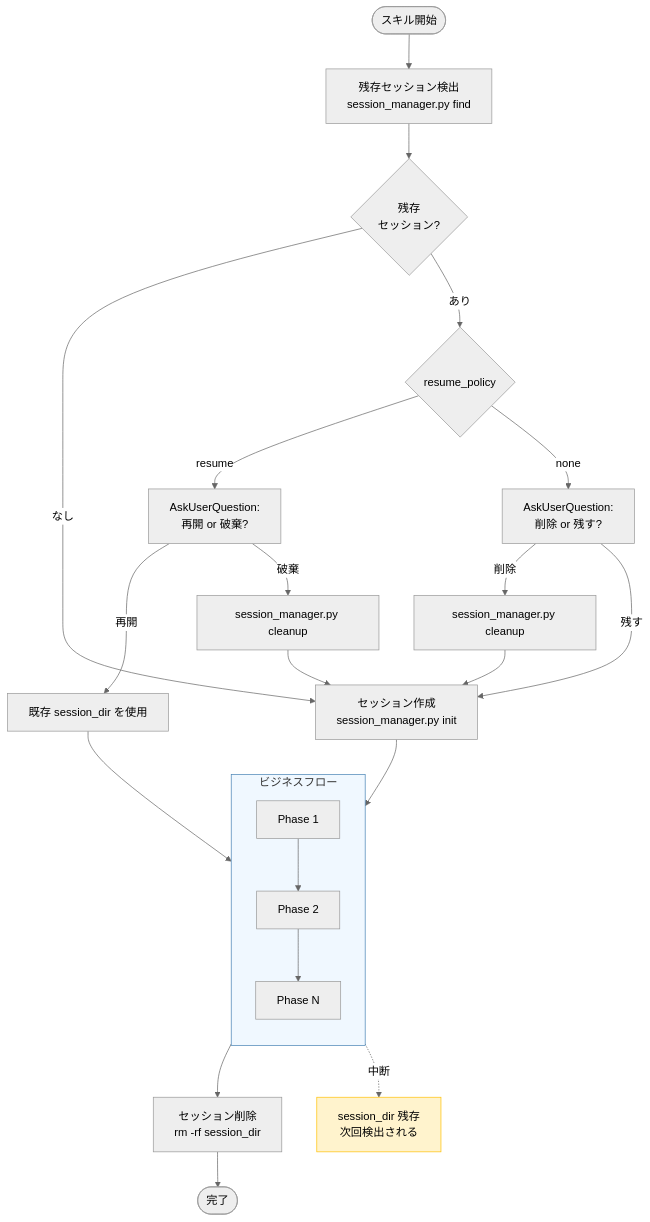
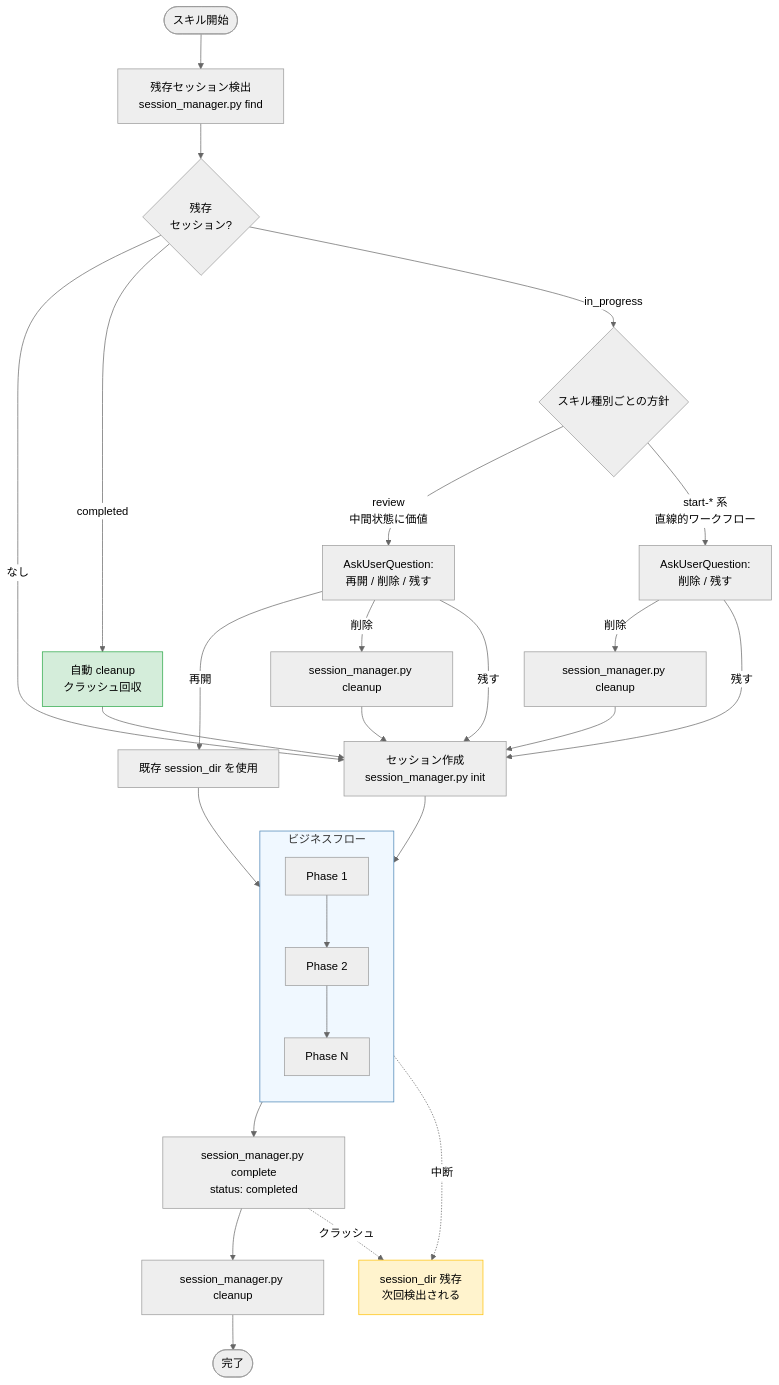
One commit to BlueEventHorizon/bw-cc-plugins changed the second of 4 diagrams in docs/specs/forge/design/DES-011_session_management_design.md. Above: the diagram before and after it, drawn with Mermaid (neutral theme). The commit also changed other lines of this file and 17 other files, not shown here.

First line of the commit message:
docs(forge): sync session_format.md and review policy docs with implementation

````diff
--- a/docs/specs/forge/design/DES-011_session_management_design.md
+++ b/docs/specs/forge/design/DES-011_session_management_design.md
@@ -187,35 +186,42 @@
 ```mermaid
 flowchart TD
     Start([スキル開始]) --> Detect[残存セッション検出<br/>session_manager.py find]
     Detect --> Found{残存<br/>セッション?}
     Found -->|なし| Create
-    Found -->|あり| Policy{resume_policy}
+    Found -->|completed| AutoCleanup[自動 cleanup<br/>クラッシュ回収]
+    Found -->|in_progress| AskBySkill{スキル種別ごとの方針}
 
-    Policy -->|resume| AskResume[AskUserQuestion:<br/>再開 or 破棄?]
+    AskBySkill -->|review<br/>中間状態に価値| AskResume[AskUserQuestion:<br/>再開 / 削除 / 残す]
     AskResume -->|再開| Reuse[既存 session_dir を使用]
-    AskResume -->|破棄| Cleanup1[session_manager.py cleanup]
+    AskResume -->|削除| Cleanup1[session_manager.py cleanup]
+    AskResume -->|残す| Create
     Cleanup1 --> Create
 
-    Policy -->|none| AskDelete[AskUserQuestion:<br/>削除 or 残す?]
+    AskBySkill -->|start-* 系<br/>直線的ワークフロー| AskDelete[AskUserQuestion:<br/>削除 / 残す]
     AskDelete -->|削除| Cleanup2[session_manager.py cleanup]
     AskDelete -->|残す| Create
     Cleanup2 --> Create
+
+    AutoCleanup --> Create
 
     Create[セッション作成<br/>session_manager.py init] --> Phases
 
     Reuse --> Phases
 
     subgraph Phases [ビジネスフロー]
         direction TB
         P1[Phase 1] --> P2[Phase 2]
         P2 --> PN[Phase N]
     end
 
-    Phases --> Delete[セッション削除<br/>rm -rf session_dir]
+    Phases --> Complete[session_manager.py complete<br/>status: completed]
+    Complete --> Delete[session_manager.py cleanup]
     Delete --> End([完了])
 
     Phases -.->|中断| Remain[session_dir 残存<br/>次回検出される]
+    Complete -.->|クラッシュ| Remain
 
     style Phases fill:#f0f8ff,stroke:#4682b4
     style Remain fill:#fff3cd,stroke:#ffc107
+    style AutoCleanup fill:#d4edda,stroke:#28a745
 ```
````
